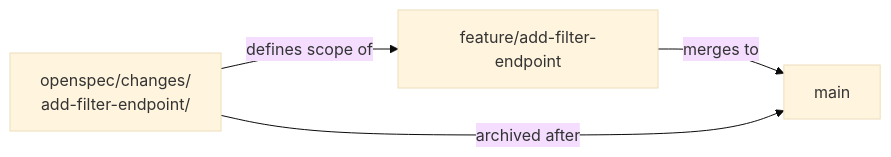
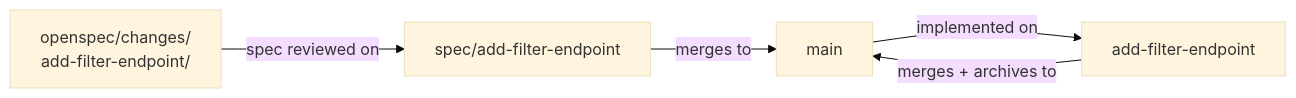
Before and after one commit to intent-engineering-for-coding-agents/book: the diagram in content/team/trunk-based-development.md, drawn with Mermaid (base theme). The commit also changed other lines of this file and 10 other files, not shown here.

````diff
--- a/content/team/trunk-based-development.md
+++ b/content/team/trunk-based-development.md
@@ -11,6 +11,7 @@
 ```mermaid
 graph LR
-  CF["openspec/changes/<br/>add-filter-endpoint/"] -- "defines scope of" --> BR["feature/add-filter-endpoint"]
-  BR -- "merges to" --> TRUNK["main"]
-  CF -- "archived after" --> TRUNK
+  CF["openspec/changes/<br/>add-filter-endpoint/"] -- "spec reviewed on" --> SB["spec/add-filter-endpoint"]
+  SB -- "merges to" --> TRUNK["main"]
+  TRUNK -- "implemented on" --> BR["add-filter-endpoint"]
+  BR -- "merges + archives to" --> TRUNK
 ```
````
